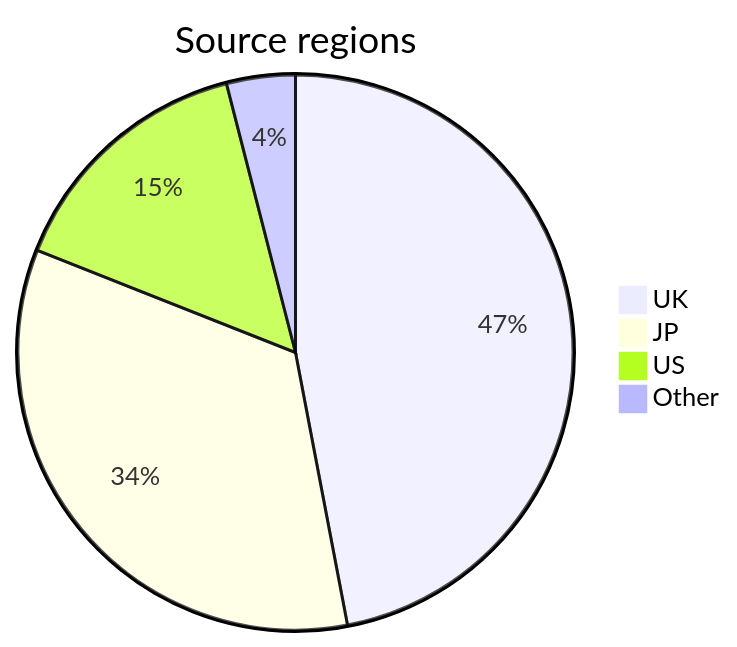
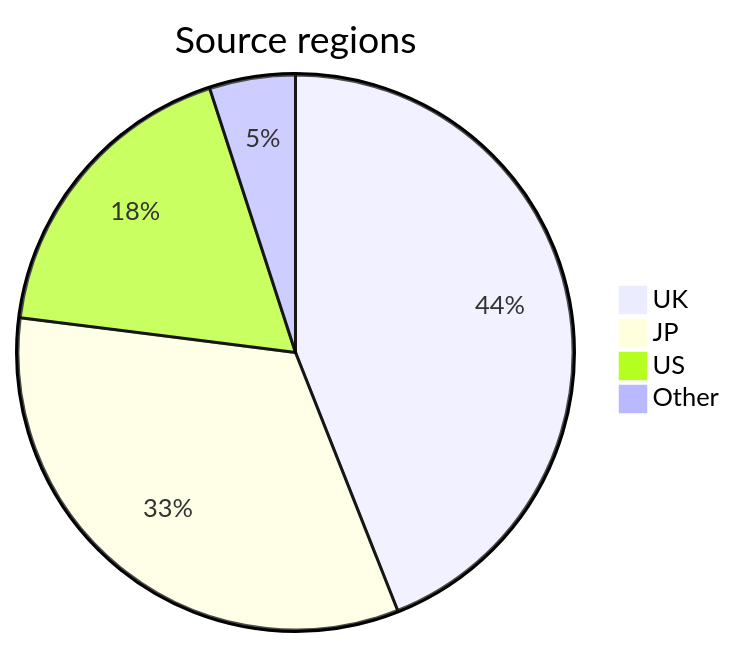
Before and after one commit to ace-dent/gbc-hw: the diagram in gbc-census/docs/notes.md, drawn with Mermaid. The commit also changed other lines of this file and 4 other files, not shown here.

````diff
--- a/gbc-census/docs/notes.md
+++ b/gbc-census/docs/notes.md
@@ -42,7 +42,7 @@
 ```mermaid
 pie title Source regions
-    "UK" : 47
-    "JP" : 34
-    "US" : 15
-    "Other" : 4
+    "UK" : 44
+    "JP" : 33
+    "US" : 18
+    "Other" : 5
 ```
````
